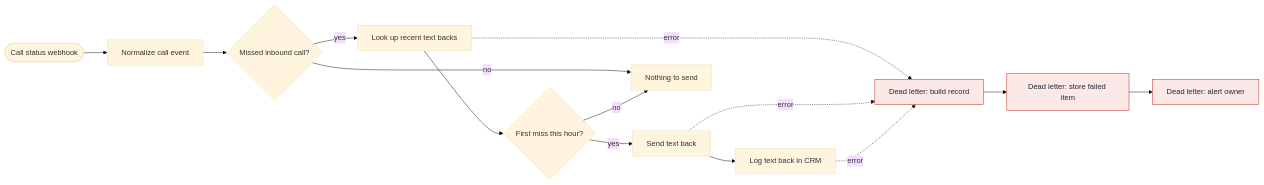
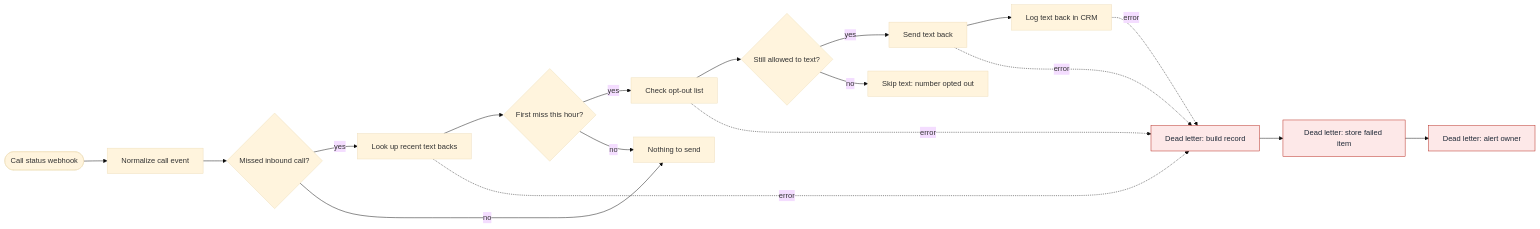
One commit to midcityhandyman/n8n-workflow-library changed the diagram in workflows/02-missed-call-text-back/README.md. Above: the diagram before and after it, drawn with Mermaid (base theme). The commit also changed other lines of this file and 31 other files, not shown here.

First line of the commit message:
Add SMS opt-out handling: STOP workflow, opt-out check and line on every customer text

````diff
--- a/workflows/02-missed-call-text-back/README.md
+++ b/workflows/02-missed-call-text-back/README.md
@@ -13,29 +13,36 @@
 ```mermaid
 flowchart LR
     n1(["Call status webhook"])
     n2["Normalize call event"]
     n3{"Missed inbound call?"}
     n4["Look up recent text backs"]
     n5{"First miss this hour?"}
-    n6["Send text back"]
-    n7["Log text back in CRM"]
-    n8["Nothing to send"]
-    n9["Dead letter: build record"]
-    n10["Dead letter: store failed item"]
-    n11["Dead letter: alert owner"]
+    n6["Check opt-out list"]
+    n7{"Still allowed to text?"}
+    n8["Skip text: number opted out"]
+    n9["Send text back"]
+    n10["Log text back in CRM"]
+    n11["Nothing to send"]
+    n12["Dead letter: build record"]
+    n13["Dead letter: store failed item"]
+    n14["Dead letter: alert owner"]
     n1 --> n2
     n2 --> n3
     n3 -- yes --> n4
-    n3 -- no --> n8
+    n3 -- no --> n11
     n4 --> n5
-    n4 -. error .-> n9
+    n4 -. error .-> n12
     n5 -- yes --> n6
-    n5 -- no --> n8
+    n5 -- no --> n11
     n6 --> n7
-    n6 -. error .-> n9
-    n7 -. error .-> n9
+    n6 -. error .-> n12
+    n7 -- yes --> n9
+    n7 -- no --> n8
     n9 --> n10
-    n10 --> n11
+    n9 -. error .-> n12
+    n10 -. error .-> n12
+    n12 --> n13
+    n13 --> n14
     classDef dead fill:#fde8e8,stroke:#b42318,color:#1f2937
-    class n9,n10,n11 dead
+    class n12,n13,n14 dead
 ```
````
